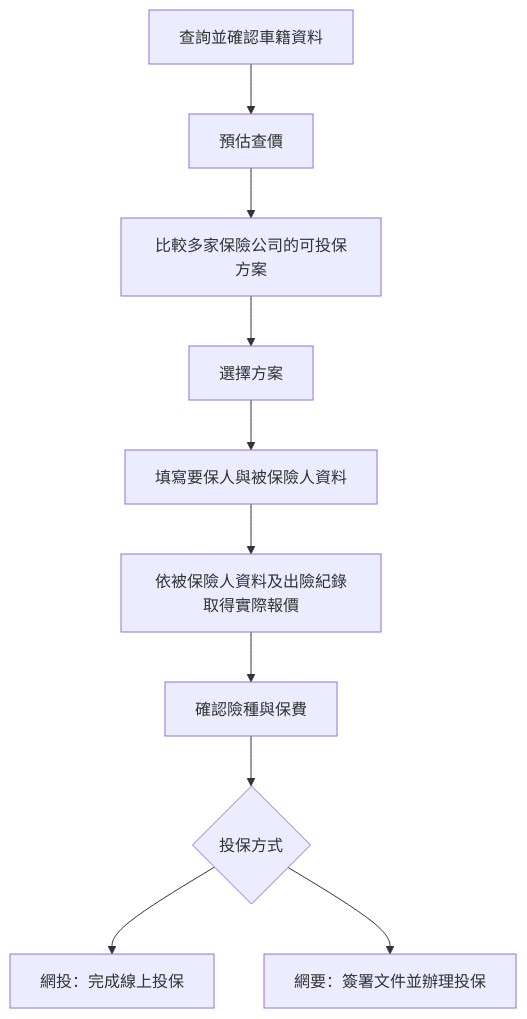
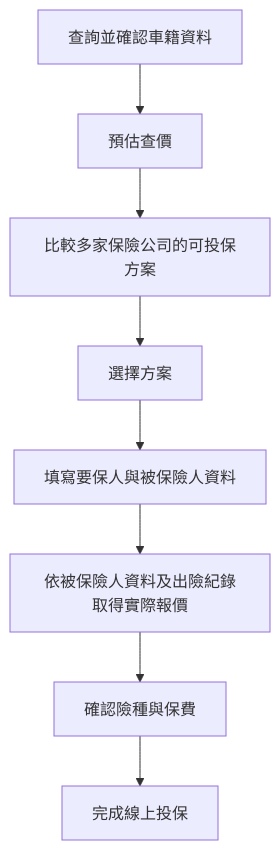
One commit to highhao/insurance-saas-platform changed the first of 3 diagrams in README.md. Above: the diagram before and after it, drawn with Mermaid. The commit also changed other lines of this file, not shown here.

Commit message:
Focus car insurance flow on online application

````diff
--- a/README.md
+++ b/README.md
@@ -13,12 +13,10 @@
 ```mermaid
 flowchart TB
     A[查詢並確認車籍資料] --> B[預估查價]
     B --> C[比較多家保險公司的可投保方案]
     C --> D[選擇方案]
     D --> E[填寫要保人與被保險人資料]
     E --> F[依被保險人資料及出險紀錄取得實際報價]
     F --> G[確認險種與保費]
-    G --> H{投保方式}
-    H --> I[網投：完成線上投保]
-    H --> J[網要：簽署文件並辦理投保]
+    G --> H[完成線上投保]
 ```
````
